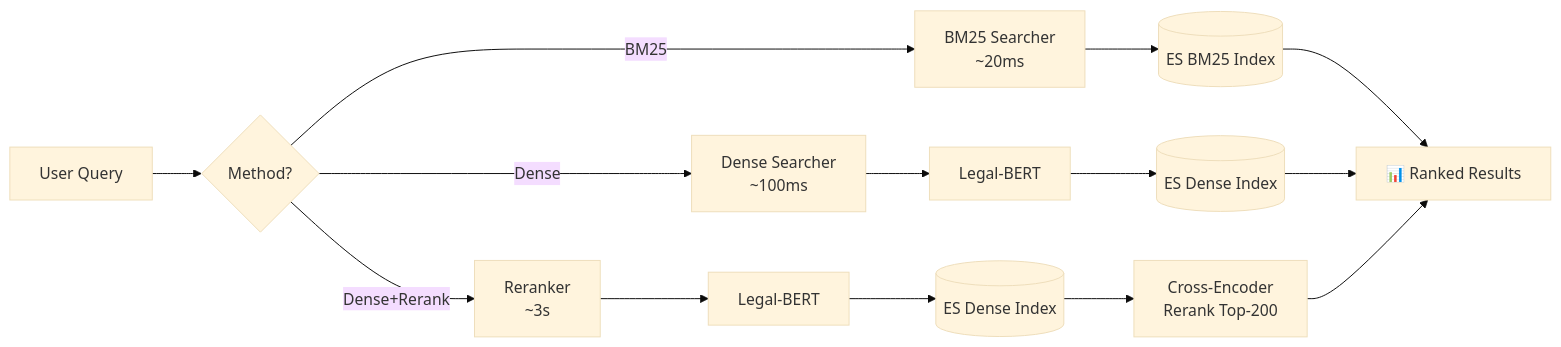
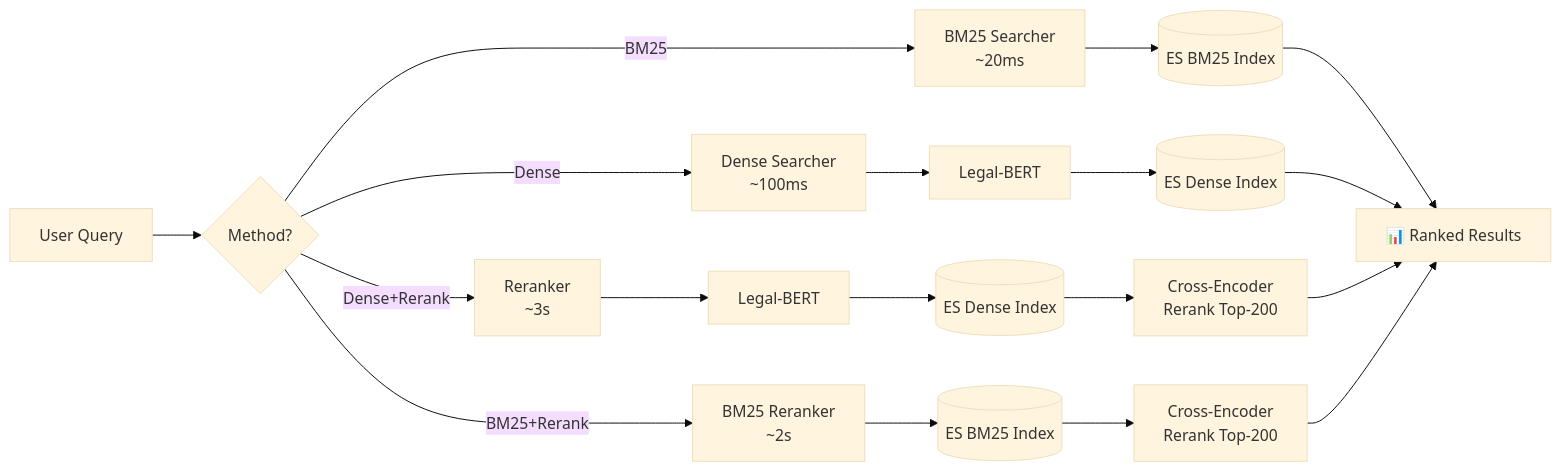
One commit to qianxusheng/PA-LawSearch changed the third of 6 diagrams in README.md. Above: the diagram before and after it, drawn with Mermaid (base theme). The commit also changed other lines of this file, not shown here.

````diff
--- a/README.md
+++ b/README.md
@@ -29,16 +63,19 @@
 ```mermaid
 flowchart LR
     Query[User Query] --> Method{Method?}
 
     Method -->|BM25| BM25[BM25 Searcher<br/>~20ms]
     Method -->|Dense| Dense[Dense Searcher<br/>~100ms]
     Method -->|Dense+Rerank| Rerank[Reranker<br/>~3s]
+    Method -->|BM25+Rerank| BM25Rerank[BM25 Reranker<br/>~2s]
 
     BM25 --> ES1[(ES BM25 Index)]
     Dense --> BERT1[Legal-BERT] --> ES2[(ES Dense Index)]
     Rerank --> BERT2[Legal-BERT] --> ES3[(ES Dense Index)] --> Cross[Cross-Encoder<br/>Rerank Top-200]
+    BM25Rerank --> ES4[(ES BM25 Index)] --> Cross2[Cross-Encoder<br/>Rerank Top-200]
 
     ES1 --> Results
     ES2 --> Results
     Cross --> Results[📊 Ranked Results]
+    Cross2 --> Results
 ```
````
